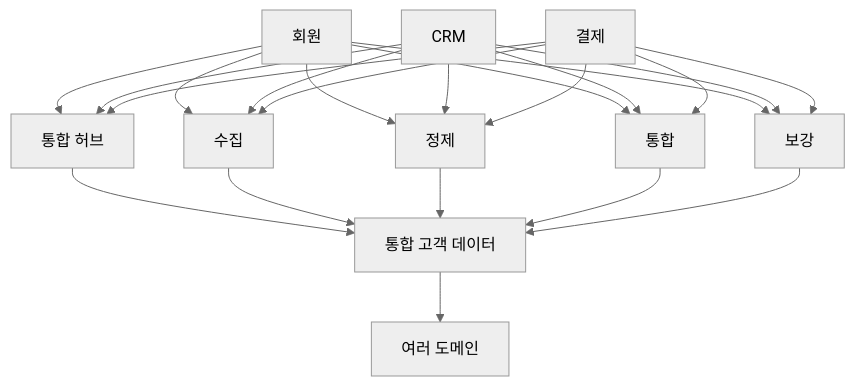
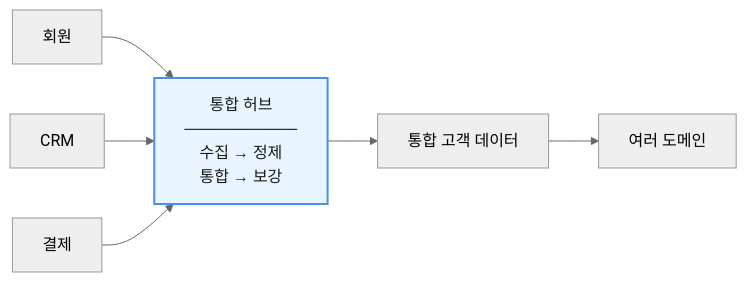
Before and after one commit to i31pc17/bitbook: diagram 17 of 23 in 모던 데이터 아키텍처/18장. 마스터 데이터 관리.md, drawn with Mermaid (neutral theme). The commit also changed other lines of this file, not shown here.

````diff
--- a/모던 데이터 아키텍처/18장. 마스터 데이터 관리.md
+++ b/모던 데이터 아키텍처/18장. 마스터 데이터 관리.md
@@ -1362,34 +1247,18 @@
 ```mermaid
-flowchart TD
-    n0["회원"]
-    n1["CRM"]
-    n2["결제"]
-    n3["통합 허브"]
-    n4["수집"]
-    n5["정제"]
-    n6["통합"]
-    n7["보강"]
-    n8["통합 고객 데이터"]
-    n9["여러 도메인"]
-    n0 --> n3
-    n0 --> n4
-    n0 --> n5
-    n0 --> n6
-    n0 --> n7
-    n1 --> n3
-    n1 --> n4
-    n1 --> n5
-    n1 --> n6
-    n1 --> n7
-    n2 --> n3
-    n2 --> n4
-    n2 --> n5
-    n2 --> n6
-    n2 --> n7
-    n3 --> n8
-    n4 --> n8
-    n5 --> n8
-    n6 --> n8
-    n7 --> n8
-    n8 --> n9
+flowchart LR
+    M["회원"]
+    C["CRM"]
+    P["결제"]
+
+    HUB["통합 허브<br/>──────────<br/>수집 → 정제<br/>통합 → 보강"]
+
+    OUT["통합 고객 데이터"]
+    DOM["여러 도메인"]
+
+    M --> HUB
+    C --> HUB
+    P --> HUB
+    HUB --> OUT --> DOM
+
+    style HUB fill:#e8f4ff,stroke:#4a90e2,stroke-width:2px,color:#1a1a1a
 ```
````
